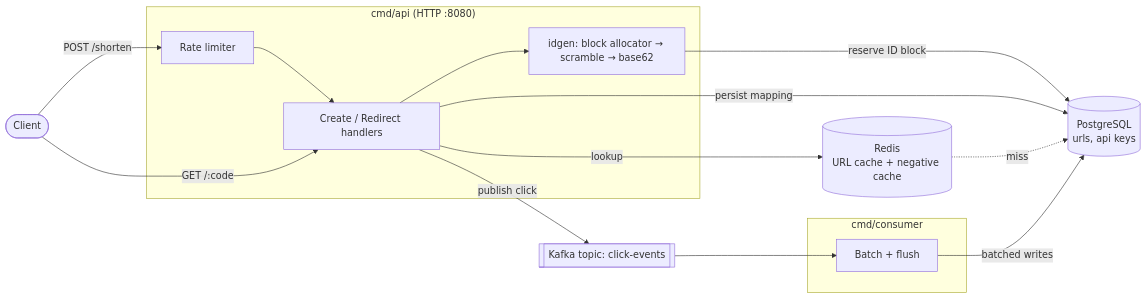
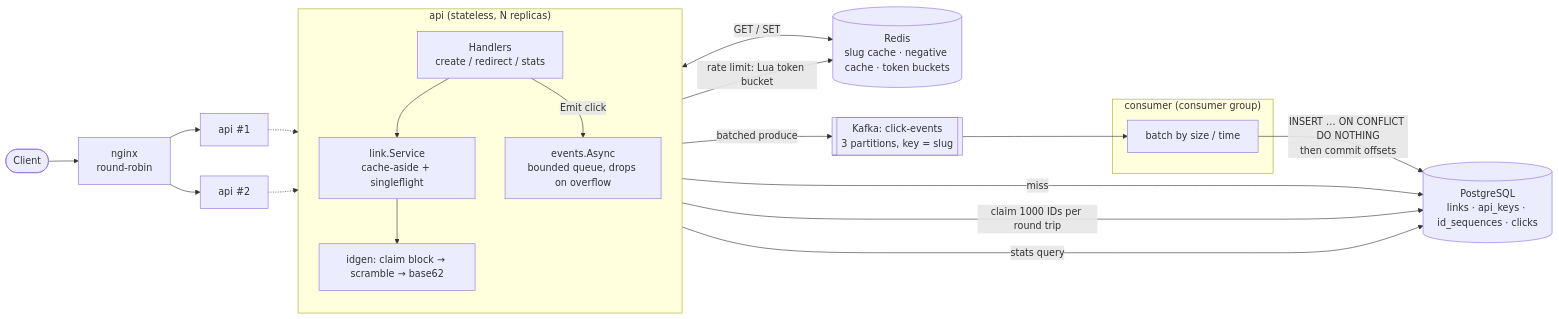
One commit to Octavian-Mihai/shorter-url changed the diagram in docs/ARCHITECTURE.md. Above: the diagram before and after it, drawn with Mermaid. The commit also changed other lines of this file and 1 other file, not shown here.

Commit message:
Add README with design decisions; update architecture doc

````diff
--- a/docs/ARCHITECTURE.md
+++ b/docs/ARCHITECTURE.md
@@ -5,25 +3,34 @@
 ```mermaid
 flowchart LR
-    Client([Client])
-    subgraph API["cmd/api (HTTP :8080)"]
-        RL[Rate limiter]
-        H[Create / Redirect handlers]
-        IDG["idgen: block allocator → scramble → base62"]
+    Client([Client]) --> LB[nginx<br/>round-robin]
+    LB --> API1[api #1]
+    LB --> API2[api #2]
+
+    subgraph API["api (stateless, N replicas)"]
+        direction TB
+        H[Handlers<br/>create / redirect / stats]
+        SVC[link.Service<br/>cache-aside + singleflight]
+        IDG["idgen: claim block → scramble → base62"]
+        ASYNC["events.Async<br/>bounded queue, drops on overflow"]
+        H --> SVC
+        SVC --> IDG
+        H -->|Emit click| ASYNC
     end
-    Redis[(Redis<br/>URL cache + negative cache)]
-    PG[(PostgreSQL<br/>urls, api keys)]
-    Kafka[[Kafka topic: click-events]]
-    subgraph Consumer["cmd/consumer"]
-        B[Batch + flush]
+    API1 -.-> API
+    API2 -.-> API
+
+    Redis[(Redis<br/>slug cache · negative cache · token buckets)]
+    PG[(PostgreSQL<br/>links · api_keys · id_sequences · clicks)]
+    Kafka[[Kafka: click-events<br/>3 partitions, key = slug]]
+    subgraph C["consumer (consumer group)"]
+        B[batch by size / time]
     end
 
-    Client -->|POST /shorten| RL --> H
-    H --> IDG
-    IDG -->|reserve ID block| PG
-    H -->|persist mapping| PG
-    Client -->|GET /:code| H
-    H -->|lookup| Redis
-    Redis -.miss.-> PG
-    H -->|publish click| Kafka
-    Kafka --> B -->|batched writes| PG
+    SVC <-->|GET / SET| Redis
+    SVC -->|miss| PG
+    IDG -->|claim 1000 IDs per round trip| PG
+    H -->|rate limit: Lua token bucket| Redis
+    ASYNC -->|batched produce| Kafka
+    Kafka --> B -->|"INSERT … ON CONFLICT DO NOTHING<br/>then commit offsets"| PG
+    H -->|stats query| PG
 ```
````
